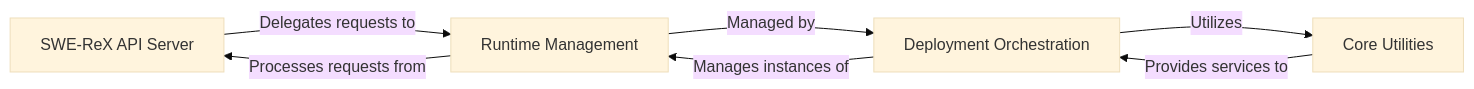
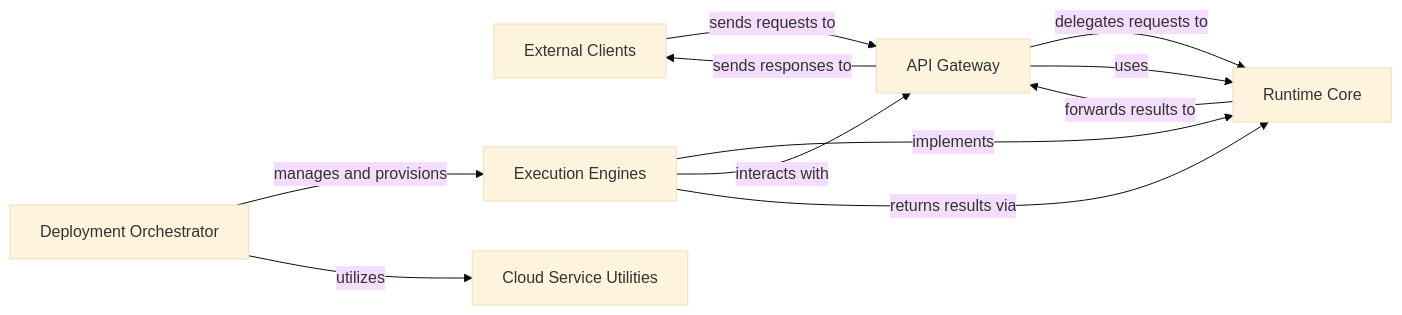
One commit to CodeBoarding/GeneratedOnBoardings changed the diagram in SWE-ReX/on_boarding.md. Above: the diagram before and after it, drawn with Mermaid (base theme). The commit also changed other lines of this file and 9 other files, not shown here.

````diff
--- a/SWE-ReX/on_boarding.md
+++ b/SWE-ReX/on_boarding.md
@@ -1,17 +1,24 @@
 ```mermaid
 graph LR
-    SWE_ReX_API_Server["SWE-ReX API Server"]
-    Runtime_Management["Runtime Management"]
-    Deployment_Orchestration["Deployment Orchestration"]
-    Core_Utilities["Core Utilities"]
-    SWE_ReX_API_Server -- "Delegates requests to" --> Runtime_Management
-    Runtime_Management -- "Processes requests from" --> SWE_ReX_API_Server
-    Runtime_Management -- "Managed by" --> Deployment_Orchestration
-    Deployment_Orchestration -- "Manages instances of" --> Runtime_Management
-    Deployment_Orchestration -- "Utilizes" --> Core_Utilities
-    Core_Utilities -- "Provides services to" --> Deployment_Orchestration
-    click SWE_ReX_API_Server href "https://github.com/CodeBoarding/GeneratedOnBoardings/blob/main/SWE-ReX/SWE_ReX_API_Server.md" "Details"
-    click Runtime_Management href "https://github.com/CodeBoarding/GeneratedOnBoardings/blob/main/SWE-ReX/Runtime_Management.md" "Details"
-    click Deployment_Orchestration href "https://github.com/CodeBoarding/GeneratedOnBoardings/blob/main/SWE-ReX/Deployment_Orchestration.md" "Details"
-    click Core_Utilities href "https://github.com/CodeBoarding/GeneratedOnBoardings/blob/main/SWE-ReX/Core_Utilities.md" "Details"
+    External_Clients["External Clients"]
+    API_Gateway["API Gateway"]
+    Runtime_Core["Runtime Core"]
+    Execution_Engines["Execution Engines"]
+    Deployment_Orchestrator["Deployment Orchestrator"]
+    Cloud_Service_Utilities["Cloud Service Utilities"]
+    External_Clients -- "sends requests to" --> API_Gateway
+    API_Gateway -- "delegates requests to" --> Runtime_Core
+    Execution_Engines -- "implements" --> Runtime_Core
+    API_Gateway -- "uses" --> Runtime_Core
+    Execution_Engines -- "interacts with" --> API_Gateway
+    Deployment_Orchestrator -- "manages and provisions" --> Execution_Engines
+    Deployment_Orchestrator -- "utilizes" --> Cloud_Service_Utilities
+    Execution_Engines -- "returns results via" --> Runtime_Core
+    Runtime_Core -- "forwards results to" --> API_Gateway
+    API_Gateway -- "sends responses to" --> External_Clients
+    click API_Gateway href "https://github.com/CodeBoarding/GeneratedOnBoardings/blob/main/SWE-ReX/API_Gateway.md" "Details"
+    click Runtime_Core href "https://github.com/CodeBoarding/GeneratedOnBoardings/blob/main/SWE-ReX/Runtime_Core.md" "Details"
+    click Execution_Engines href "https://github.com/CodeBoarding/GeneratedOnBoardings/blob/main/SWE-ReX/Execution_Engines.md" "Details"
+    click Deployment_Orchestrator href "https://github.com/CodeBoarding/GeneratedOnBoardings/blob/main/SWE-ReX/Deployment_Orchestrator.md" "Details"
+    click Cloud_Service_Utilities href "https://github.com/CodeBoarding/GeneratedOnBoardings/blob/main/SWE-ReX/Cloud_Service_Utilities.md" "Details"
 ```
````
